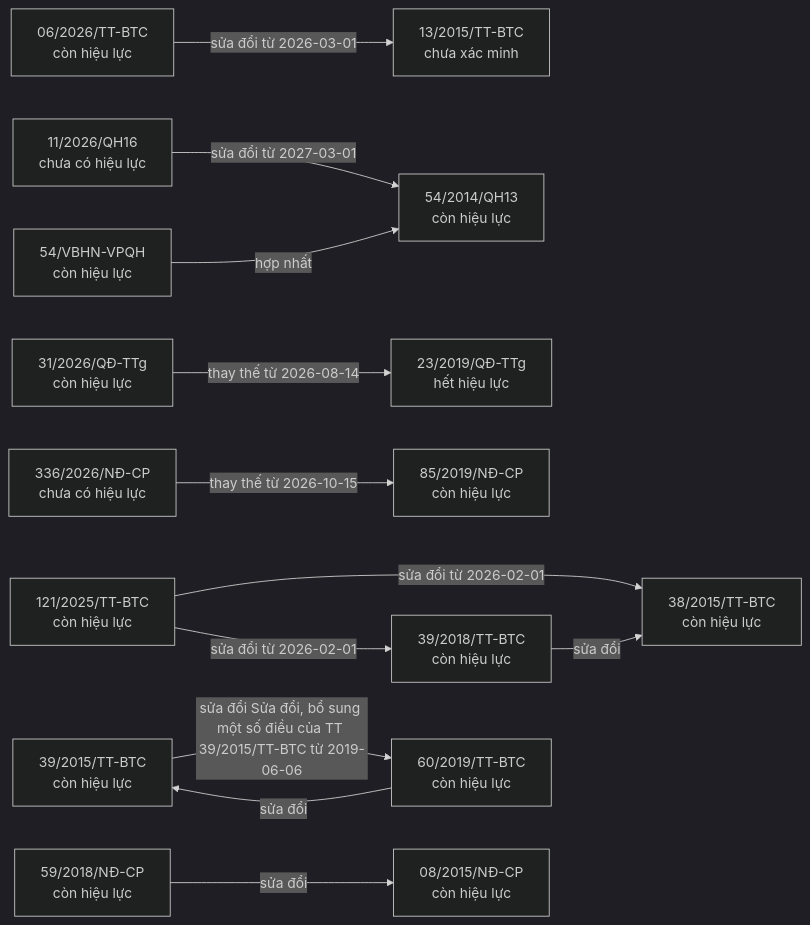
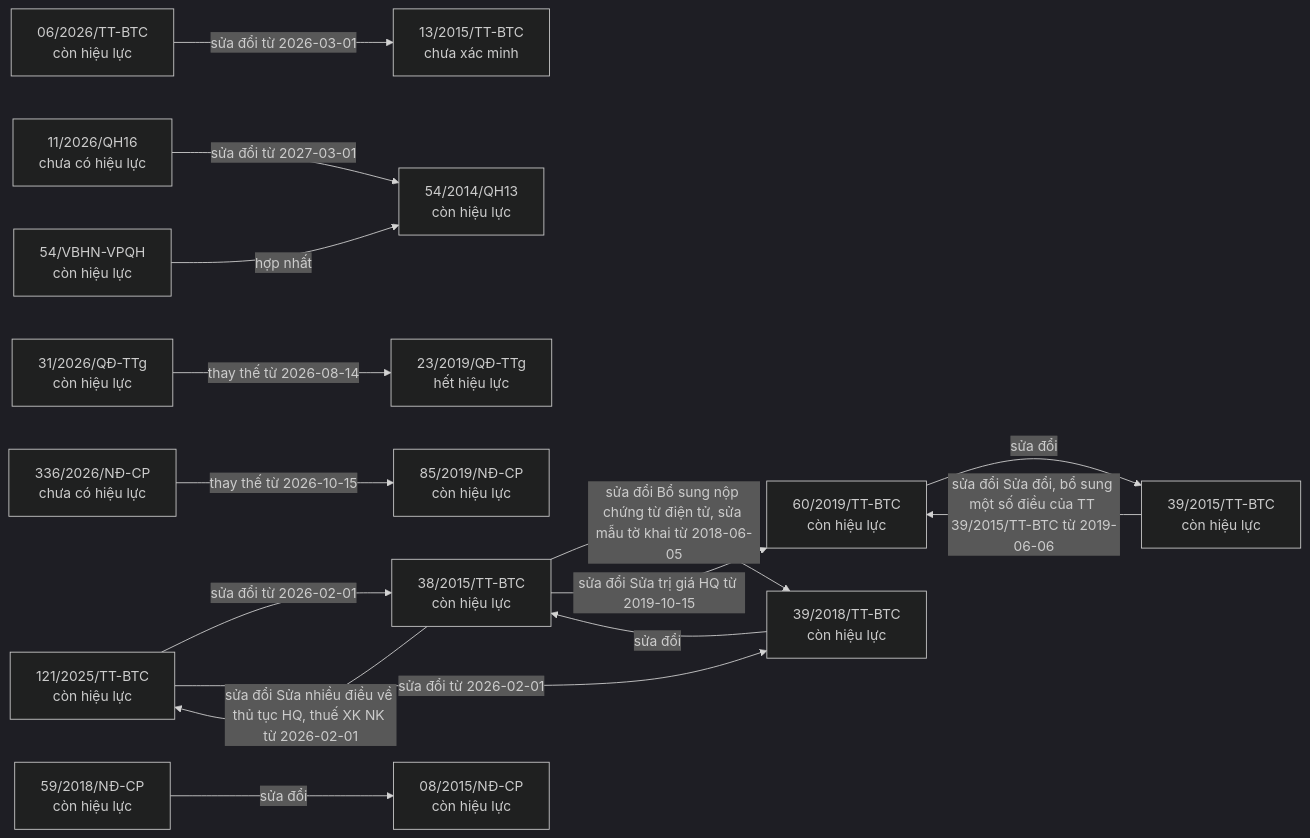
The first of 7 diagrams in bao-cao/quan-he.md (ozvietnam/oz-wiki-plhq), drawn with Mermaid (dark theme) before and after one commit. The commit also changed 4 other files, not shown here.

````diff
--- a/bao-cao/quan-he.md
+++ b/bao-cao/quan-he.md
@@ -7,30 +7,33 @@
 ```mermaid
 flowchart LR
   n_06_2026_TT_BTC["06/2026/TT-BTC<br/>còn hiệu lực"]
   n_13_2015_TT_BTC["13/2015/TT-BTC<br/>chưa xác minh"]
   n_11_2026_QH16["11/2026/QH16<br/>chưa có hiệu lực"]
   n_54_2014_QH13["54/2014/QH13<br/>còn hiệu lực"]
   n_121_2025_TT_BTC["121/2025/TT-BTC<br/>còn hiệu lực"]
   n_38_2015_TT_BTC["38/2015/TT-BTC<br/>còn hiệu lực"]
   n_39_2018_TT_BTC["39/2018/TT-BTC<br/>còn hiệu lực"]
   n_31_2026_Q__TTg["31/2026/QĐ-TTg<br/>còn hiệu lực"]
   n_23_2019_Q__TTg["23/2019/QĐ-TTg<br/>hết hiệu lực"]
   n_336_2026_N__CP["336/2026/NĐ-CP<br/>chưa có hiệu lực"]
   n_85_2019_N__CP["85/2019/NĐ-CP<br/>còn hiệu lực"]
+  n_60_2019_TT_BTC["60/2019/TT-BTC<br/>còn hiệu lực"]
   n_39_2015_TT_BTC["39/2015/TT-BTC<br/>còn hiệu lực"]
-  n_60_2019_TT_BTC["60/2019/TT-BTC<br/>còn hiệu lực"]
   n_54_VBHN_VPQH["54/VBHN-VPQH<br/>còn hiệu lực"]
   n_59_2018_N__CP["59/2018/NĐ-CP<br/>còn hiệu lực"]
   n_08_2015_N__CP["08/2015/NĐ-CP<br/>còn hiệu lực"]
   n_06_2026_TT_BTC -->|sửa đổi từ 2026-03-01| n_13_2015_TT_BTC
   n_11_2026_QH16 -->|sửa đổi từ 2027-03-01| n_54_2014_QH13
   n_121_2025_TT_BTC -->|sửa đổi từ 2026-02-01| n_38_2015_TT_BTC
   n_121_2025_TT_BTC -->|sửa đổi từ 2026-02-01| n_39_2018_TT_BTC
   n_31_2026_Q__TTg -->|thay thế từ 2026-08-14| n_23_2019_Q__TTg
   n_336_2026_N__CP -->|thay thế từ 2026-10-15| n_85_2019_N__CP
+  n_38_2015_TT_BTC -->|sửa đổi Bổ sung nộp chứng từ điện tử, sửa mẫu tờ khai từ 2018-06-05| n_39_2018_TT_BTC
+  n_38_2015_TT_BTC -->|sửa đổi Sửa trị giá HQ từ 2019-10-15| n_60_2019_TT_BTC
+  n_38_2015_TT_BTC -->|sửa đổi Sửa nhiều điều về thủ tục HQ, thuế XK NK từ 2026-02-01| n_121_2025_TT_BTC
   n_39_2015_TT_BTC -->|sửa đổi Sửa đổi, bổ sung một số điều của TT 39/2015/TT-BTC từ 2019-06-06| n_60_2019_TT_BTC
   n_39_2018_TT_BTC -->|sửa đổi| n_38_2015_TT_BTC
   n_54_VBHN_VPQH -->|hợp nhất| n_54_2014_QH13
   n_59_2018_N__CP -->|sửa đổi| n_08_2015_N__CP
   n_60_2019_TT_BTC -->|sửa đổi| n_39_2015_TT_BTC
 ```
````
